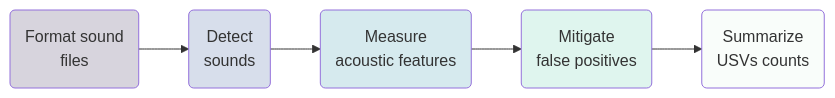
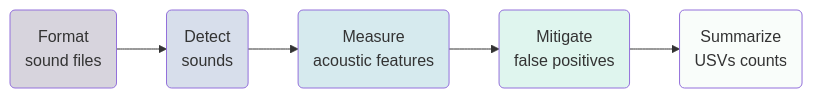
Before and after one commit to maRce10/Automatic-detection-of-rat-ultrasonic-vocalizations: the diagram in scripts/USV_detection_example_code.qmd, drawn with Mermaid. The commit also changed other lines of this file and 4 other files, not shown here.

````diff
--- a/scripts/USV_detection_example_code.qmd
+++ b/scripts/USV_detection_example_code.qmd
@@ -48,15 +48,15 @@
 ```{mermaid}
 
 flowchart LR
-  A("Format sound</br>files") --> B("Detect</br>sounds") 
+  A("Format</br>sound files") --> B("Detect</br>sounds") 
   B --> C("Measure</br>acoustic features")
   C --> D("Mitigate</br>false positives")
   D --> E("Summarize</br>USVs counts") 
 
 style A fill:#382A5433
 style B fill:#395D9C33
 style C fill:#3497A933
 style D fill:#60CEAC33
 style E fill:#DEF5E533
 
 ```
````
